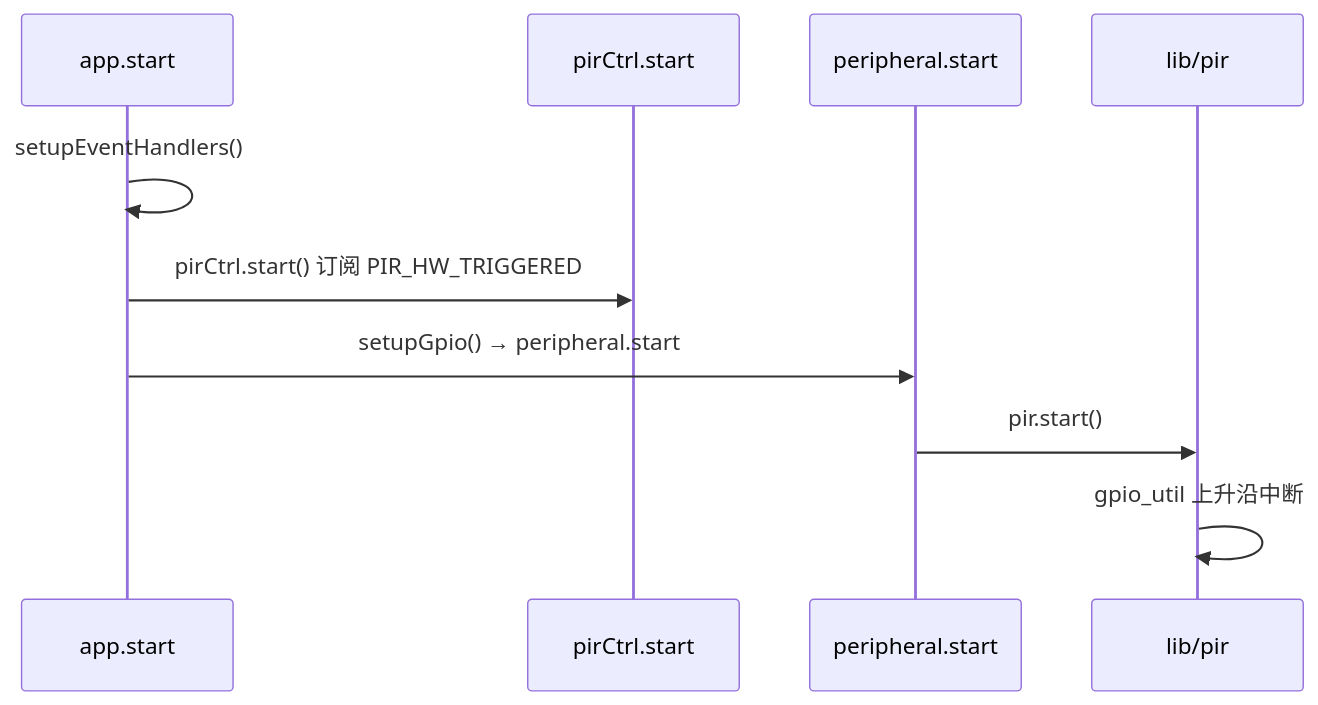
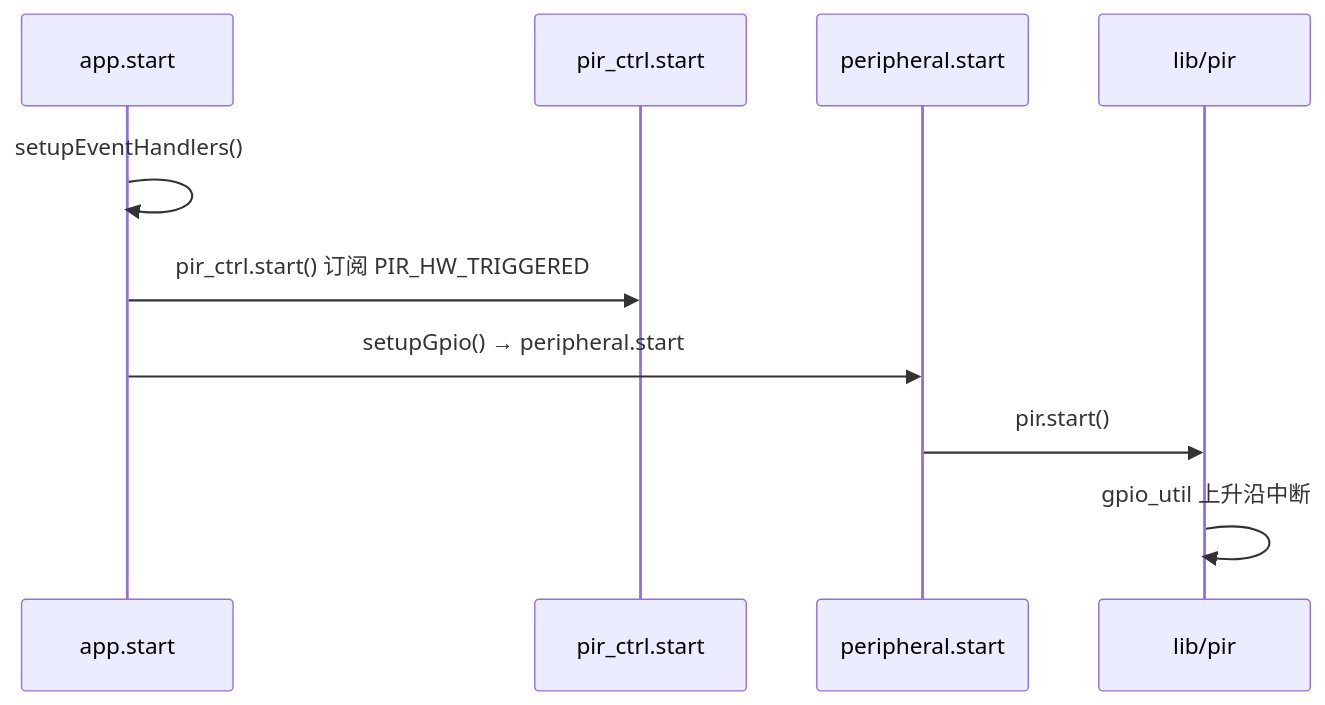
Before and after one commit to dzr1986/AIR780EHM: the third of 4 diagrams in doc/PIR_HARDWARE.md, drawn with Mermaid. The commit also changed other lines of this file and 40 other files, not shown here.

````diff
--- a/doc/PIR_HARDWARE.md
+++ b/doc/PIR_HARDWARE.md
@@ -137,13 +137,13 @@
 ```mermaid
 sequenceDiagram
     participant APP as app.start
-    participant PC as pirCtrl.start
+    participant PC as pir_ctrl.start
     participant PER as peripheral.start
     participant PIR as lib/pir
 
     APP->>APP: setupEventHandlers()
-    APP->>PC: pirCtrl.start() 订阅 PIR_HW_TRIGGERED
+    APP->>PC: pir_ctrl.start() 订阅 PIR_HW_TRIGGERED
     APP->>PER: setupGpio() → peripheral.start
     PER->>PIR: pir.start()
     PIR->>PIR: gpio_util 上升沿中断
 ```
````
